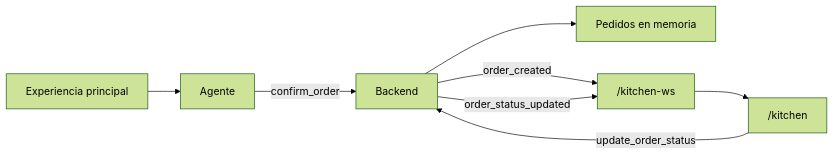
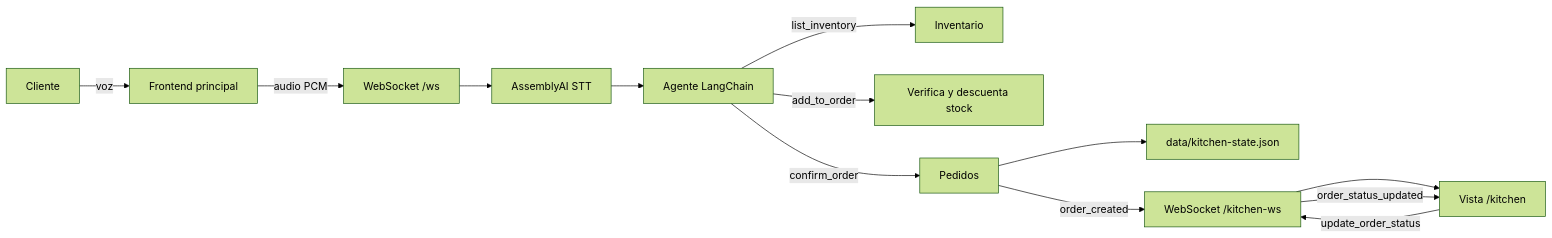
The diagram in README.md (yeimibm/agentevoz_kitchen-), drawn with Mermaid (forest theme) before and after one commit. The commit also changed other lines of this file, not shown here.

First line of the commit message:
Revise README for real-time kitchen order agent

````diff
--- a/README.md
+++ b/README.md
@@ -79,10 +50,15 @@
 ```mermaid
 flowchart LR
-  Main["Experiencia principal"] --> Agent["Agente"]
-  Agent -->|confirm_order| Backend["Backend"]
-  Backend --> Store["Pedidos en memoria"]
-  Backend -->|order_created| KitchenWS["/kitchen-ws"]
-  KitchenWS --> Kitchen["/kitchen"]
-  Kitchen -->|update_order_status| Backend
-  Backend -->|order_status_updated| KitchenWS
+  User["Cliente"] -->|voz| Web["Frontend principal"]
+  Web -->|audio PCM| VoiceWS["WebSocket /ws"]
+  VoiceWS --> STT["AssemblyAI STT"]
+  STT --> Agent["Agente LangChain"]
+  Agent -->|list_inventory| Inventory["Inventario"]
+  Agent -->|add_to_order| Stock["Verifica y descuenta stock"]
+  Agent -->|confirm_order| Orders["Pedidos"]
+  Orders --> Store["data/kitchen-state.json"]
+  Orders -->|order_created| KitchenWS["WebSocket /kitchen-ws"]
+  KitchenWS --> Kitchen["Vista /kitchen"]
+  Kitchen -->|update_order_status| KitchenWS
+  KitchenWS -->|order_status_updated| Kitchen
 ```
````
